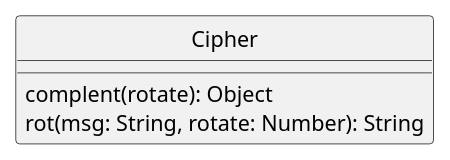
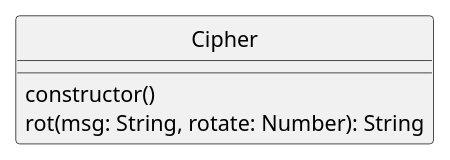
Before and after one commit to ifpb/javascript-exercises: the diagram in challenges/ecma/algorithms/assets/cipher.pu, drawn with PlantUML. The commit also changed 9 other files, not shown here.

```diff
--- a/challenges/ecma/algorithms/assets/cipher.pu
+++ b/challenges/ecma/algorithms/assets/cipher.pu
@@ -1,10 +1,10 @@
 @startuml
 skinparam classAttributeIconSize 0
 skinparam monochrome true
 hide circle
 
 class Cipher {
-  complent(rotate): Object
+  constructor()
   rot(msg: String, rotate: Number): String
 }
 @enduml
```
